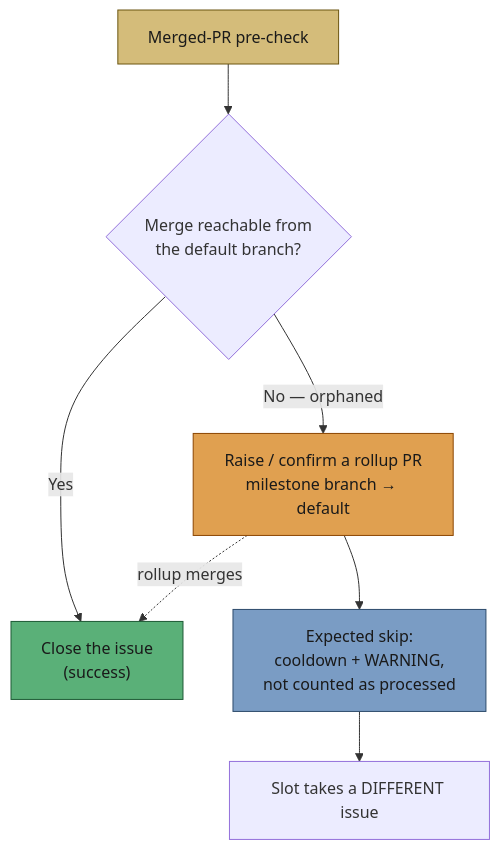
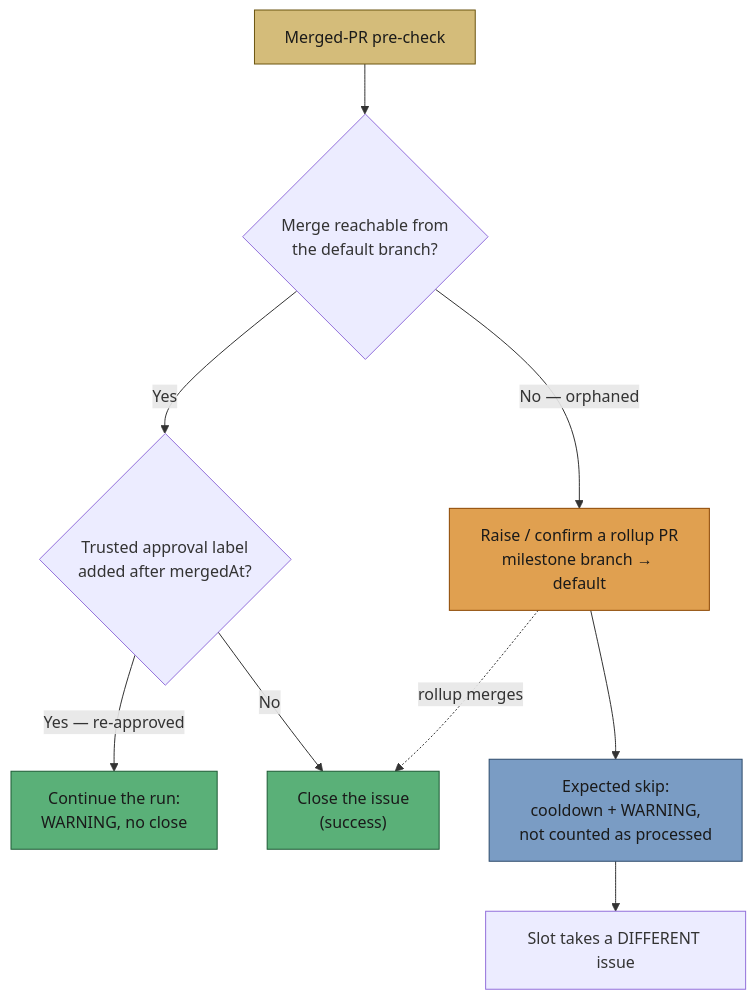
Before and after one commit to stSoftwareAU/VibeCoder: diagram 15 of 15 in docs/workflows/issue-processing.md, drawn with Mermaid. The commit also changed other lines of this file and 2 other files, not shown here.

First line of the commit message:
Merged-PR precheck: skip the close when approval post-dates the merge

````diff
--- a/docs/workflows/issue-processing.md
+++ b/docs/workflows/issue-processing.md
@@ -967,13 +987,16 @@
 ```mermaid
 flowchart TD
   Pre["Merged-PR pre-check"] --> Landed{"Merge reachable from<br/>the default branch?"}
-  Landed -->|Yes| Close["Close the issue<br/>(success)"]
+  Landed -->|Yes| Reapp{"Trusted approval label<br/>added after mergedAt?"}
+  Reapp -->|"Yes — re-approved"| Work["Continue the run:<br/>WARNING, no close"]
+  Reapp -->|No| Close["Close the issue<br/>(success)"]
   Landed -->|"No — orphaned"| Heal["Raise / confirm a rollup PR<br/>milestone branch → default"]
   Heal --> Bounce["Expected skip:<br/>cooldown + WARNING,<br/>not counted as processed"]
   Bounce --> Next["Slot takes a DIFFERENT issue"]
   Heal -.->|"rollup merges"| Close
   style Pre fill:#d4bc7a,stroke:#6b5510,color:#1a1a1a
   style Close fill:#5ab078,stroke:#1d5a35,color:#1a1a1a
   style Heal fill:#e0a050,stroke:#8b4500,color:#1a1a1a
   style Bounce fill:#7a9cc4,stroke:#2c4a6b,color:#1a1a1a
+  style Work fill:#5ab078,stroke:#1d5a35,color:#1a1a1a
 ```
````
